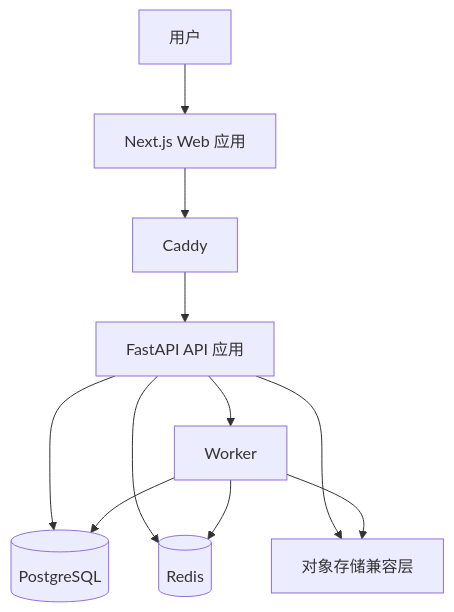
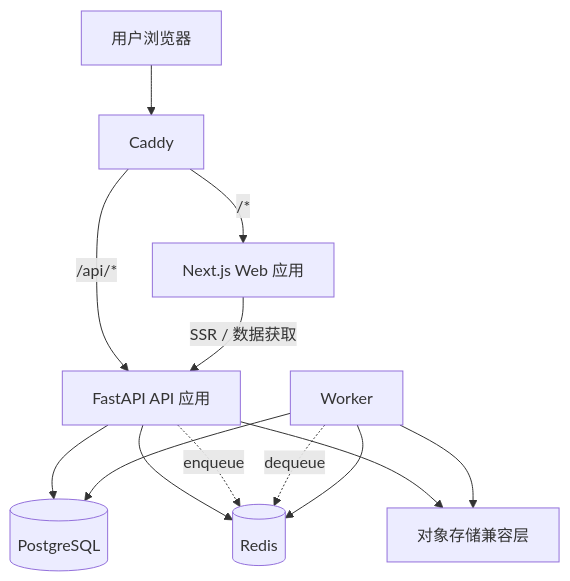
Before and after one commit to jovi20/tradingnoobs: the first of 3 diagrams in docs/superpowers/specs/2026-04-06-platform-foundation-design.md, drawn with Mermaid. The commit also changed other lines of this file and 7 other files, not shown here.

Commit message:
docs: finalize architecture docs and retire obsolete test docs

````diff
--- a/docs/superpowers/specs/2026-04-06-platform-foundation-design.md
+++ b/docs/superpowers/specs/2026-04-06-platform-foundation-design.md
@@ -46,22 +46,24 @@
 ```mermaid
 flowchart TD
-    U[用户]
+    U[用户浏览器]
+    CADDY[Caddy]
     WEB[Next.js Web 应用]
-    CADDY[Caddy]
     API[FastAPI API 应用]
     WORKER[Worker]
     REDIS[(Redis)]
     PG[(PostgreSQL)]
     OBJ[对象存储兼容层]
 
-    U --> WEB
-    WEB --> CADDY
-    CADDY --> API
+    U --> CADDY
+    CADDY -->|/*| WEB
+    CADDY -->|/api/*| API
+    WEB -->|SSR / 数据获取| API
     API --> PG
     API --> REDIS
     API --> OBJ
-    API --> WORKER
+    API -.->|enqueue| REDIS
+    WORKER -.->|dequeue| REDIS
     WORKER --> PG
     WORKER --> REDIS
     WORKER --> OBJ
 ```
````
